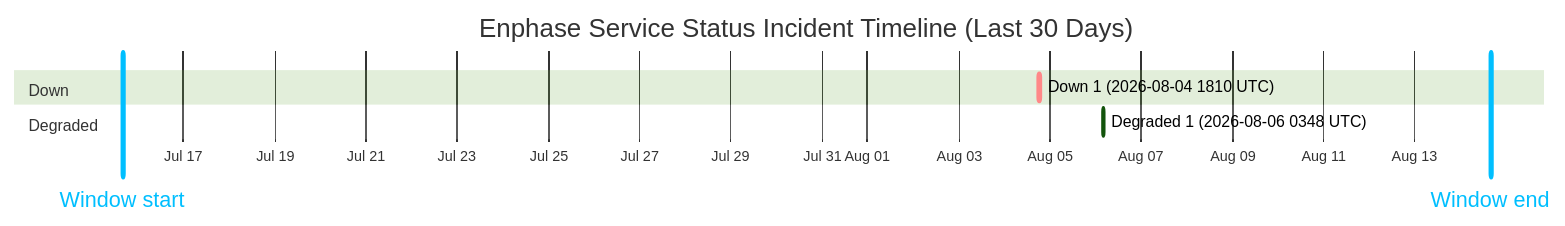
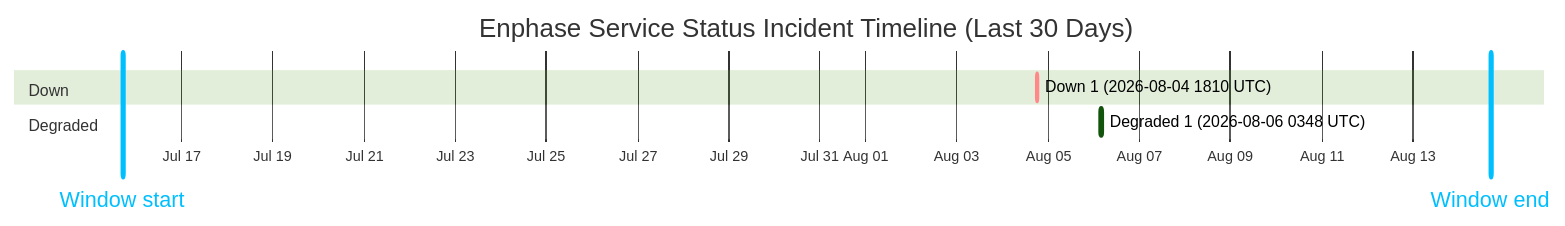
The diagram in wiki/Service-Status-History.md (barneyonline/ha-enphase-energy), drawn with Mermaid (forest theme) before and after one commit. The commit also changed other lines of this file and 3 other files, not shown here.

````diff
--- a/wiki/Service-Status-History.md
+++ b/wiki/Service-Status-History.md
@@ -14,12 +14,12 @@
 ```mermaid
 gantt
     title Enphase Service Status Incident Timeline (Last 30 Days)
     dateFormat  YYYY-MM-DDTHH:mm:ss
     axisFormat  %b %d
-    Window start :vert, window-start, 2026-07-15T15:49:58, 0ms
-    Window end :vert, window-end, 2026-08-14T15:49:58, 0ms
+    Window start :vert, window-start, 2026-07-15T16:49:57, 0ms
+    Window end :vert, window-end, 2026-08-14T16:49:57, 0ms
     section Down
     Down 1 (2026-08-04 1810 UTC) :crit, down-1, 2026-08-04T18:10:46, 60m
     section Degraded
     Degraded 1 (2026-08-06 0348 UTC) :active, degraded-1, 2026-08-06T03:48:14, 60m
 ```
````
